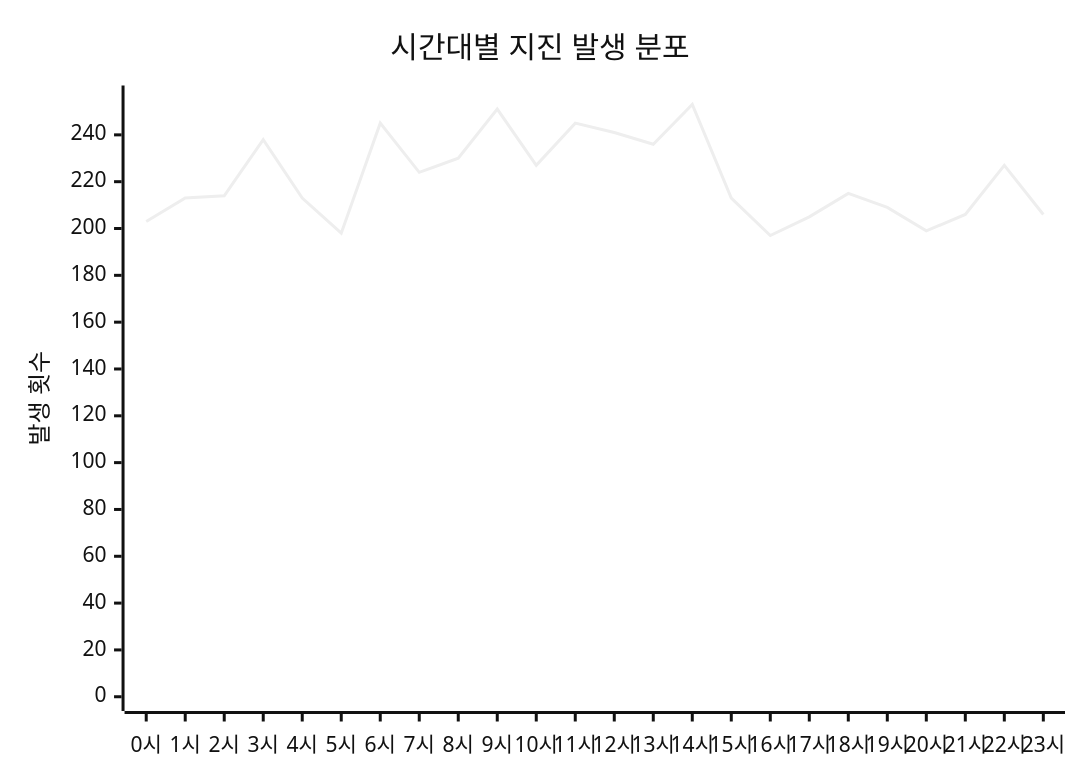
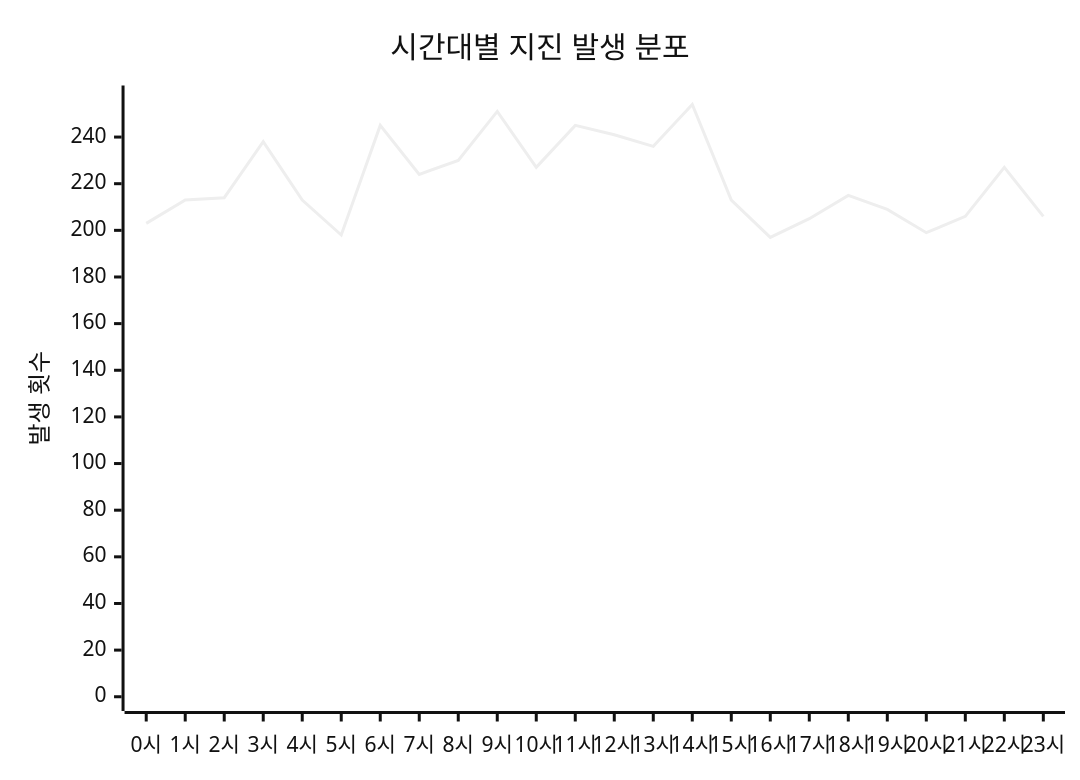
Before and after one commit to serendip811/japan-eq: the diagram in charts/time-chart.md, drawn with Mermaid (neutral theme). The commit also changed other lines of this file and 5 other files, not shown here.

Commit message:
Update earthquake data and charts Tue Aug 25 15:38:24 UTC 2026

````diff
--- a/charts/time-chart.md
+++ b/charts/time-chart.md
@@ -3,7 +3,7 @@
 ```mermaid
 xychart-beta
     title "시간대별 지진 발생 분포"
     x-axis ["0시", "1시", "2시", "3시", "4시", "5시", "6시", "7시", "8시", "9시", "10시", "11시", "12시", "13시", "14시", "15시", "16시", "17시", "18시", "19시", "20시", "21시", "22시", "23시"]
-    y-axis "발생 횟수" 0 --> 255
-    line [203, 213, 214, 238, 213, 198, 245, 224, 230, 251, 227, 245, 241, 236, 253, 213, 197, 205, 215, 209, 199, 206, 227, 206]
+    y-axis "발생 횟수" 0 --> 256
+    line [203, 213, 214, 238, 213, 198, 245, 224, 230, 251, 227, 245, 241, 236, 254, 213, 197, 205, 215, 209, 199, 206, 227, 206]
 ```
````
